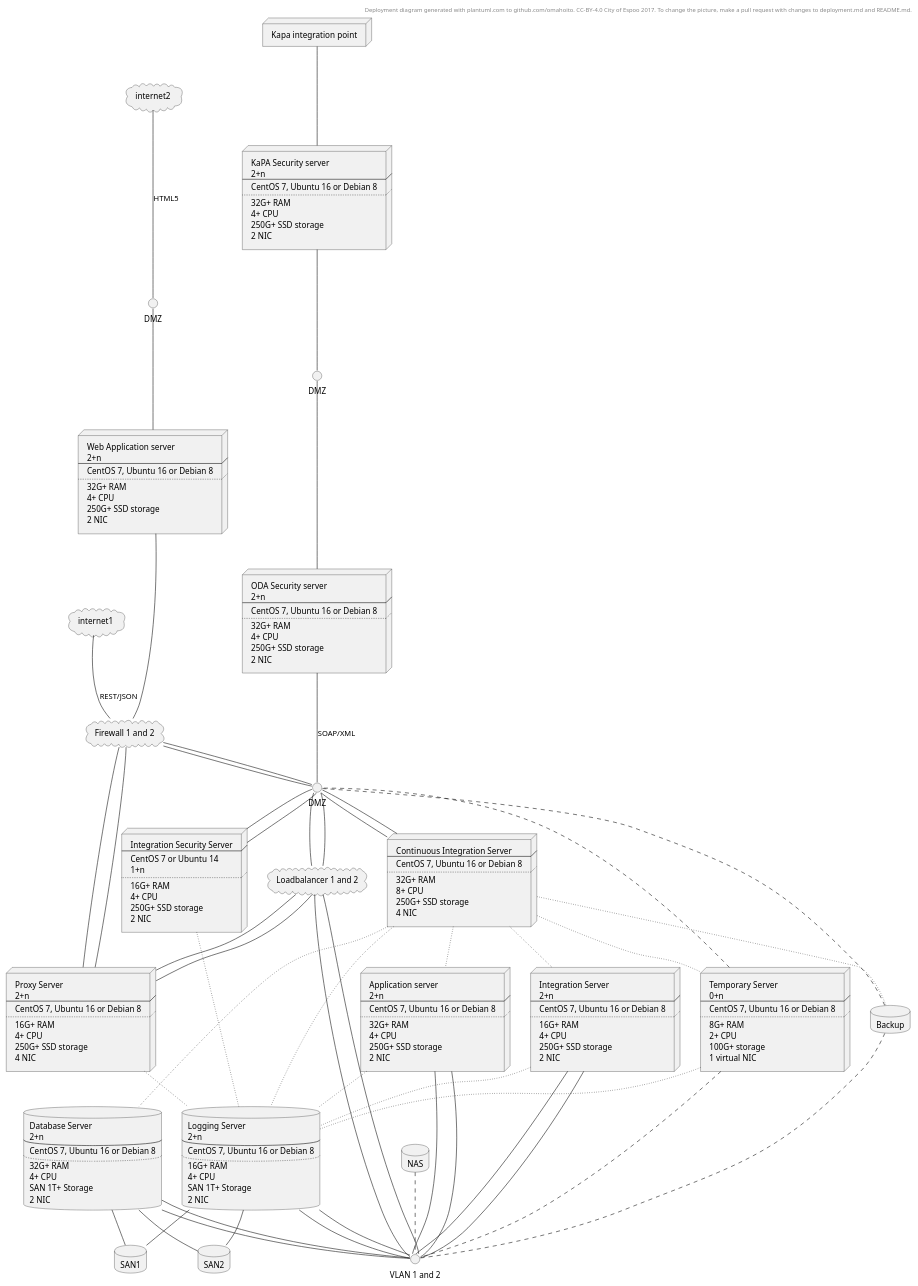
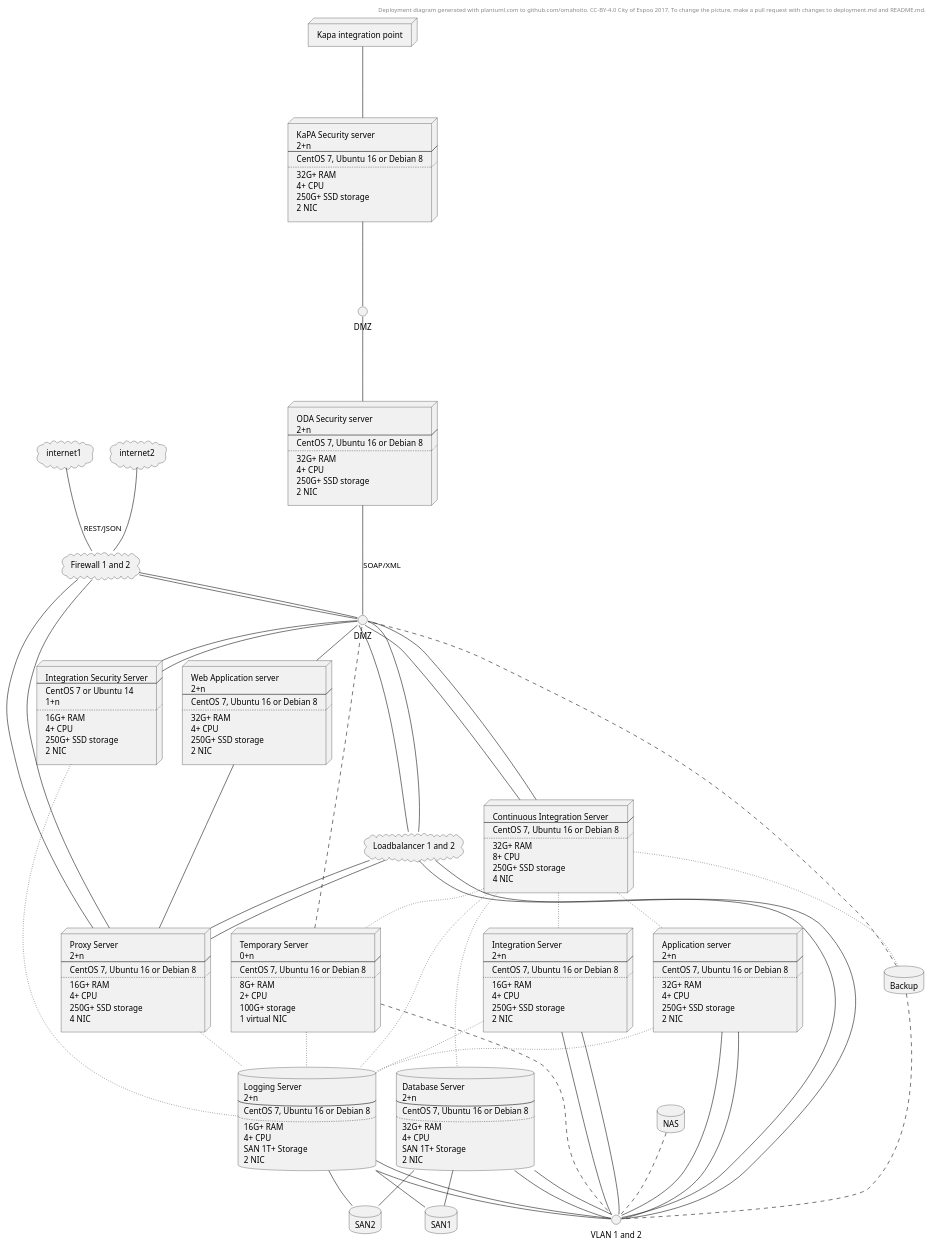
The diagram in deployment.plantuml (omahoito/oda-kapa), drawn with PlantUML before and after one commit.

```diff
--- a/deployment.plantuml
+++ b/deployment.plantuml
@@ -62,18 +62,14 @@
   DMZ
 ]
 
-interface DMZ3[
-  DMZ
-]
 
 
 DMZ -up-- security1 : SOAP/XML
 security1 -up-- DMZ2
 DMZ2 -up--security2
 security2 -up-- odakapaint
-firewall -up--front
-front -up--DMZ3
-DMZ3 -up--internet2 : HTML5
+DMZ --front
+
 
 
 
@@ -170,7 +166,7 @@
 database Backup
 
 internet1 -- firewall : REST/JSON
-' internet2 -- firewall
+internet2 -- firewall
 firewall -- DMZ
 firewall -- DMZ
 
@@ -218,4 +214,7 @@
 nodevm ~~ logging1
 nodeci ~~ nodevm
 NAS .. VLAN1
+
+nodeproxy -up--front
+
 @enduml
```
